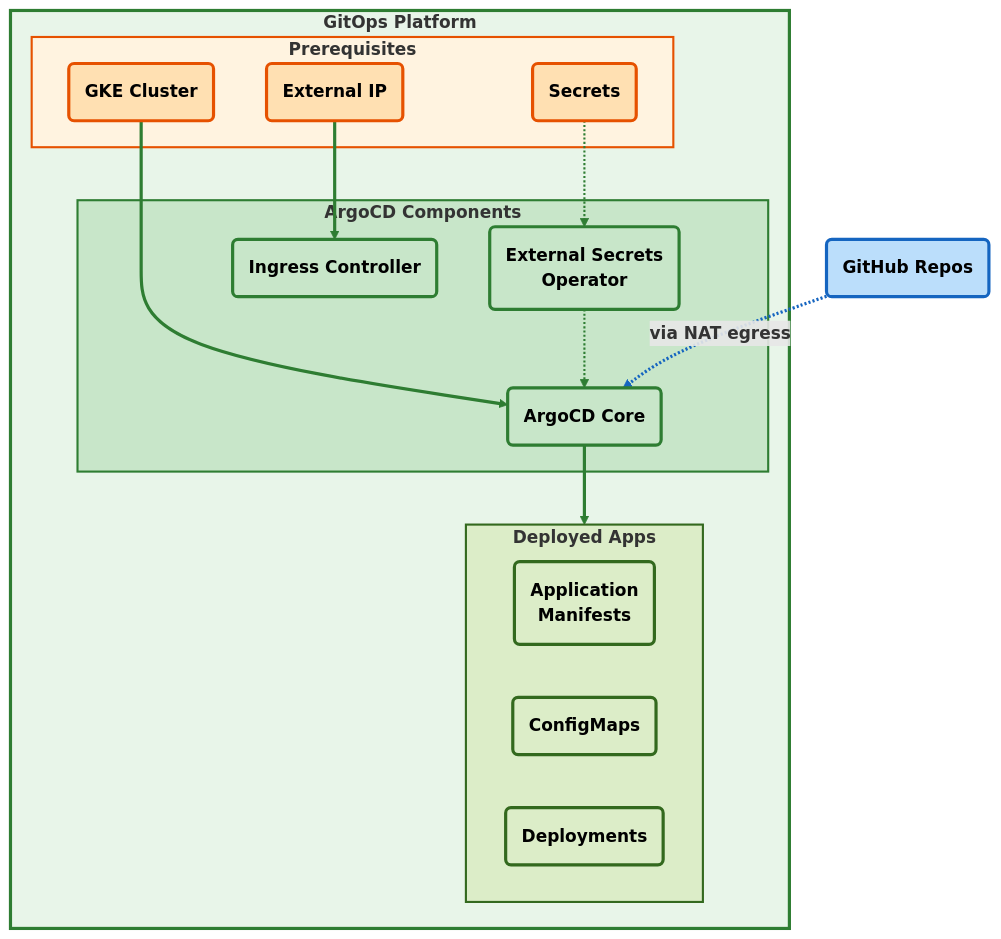
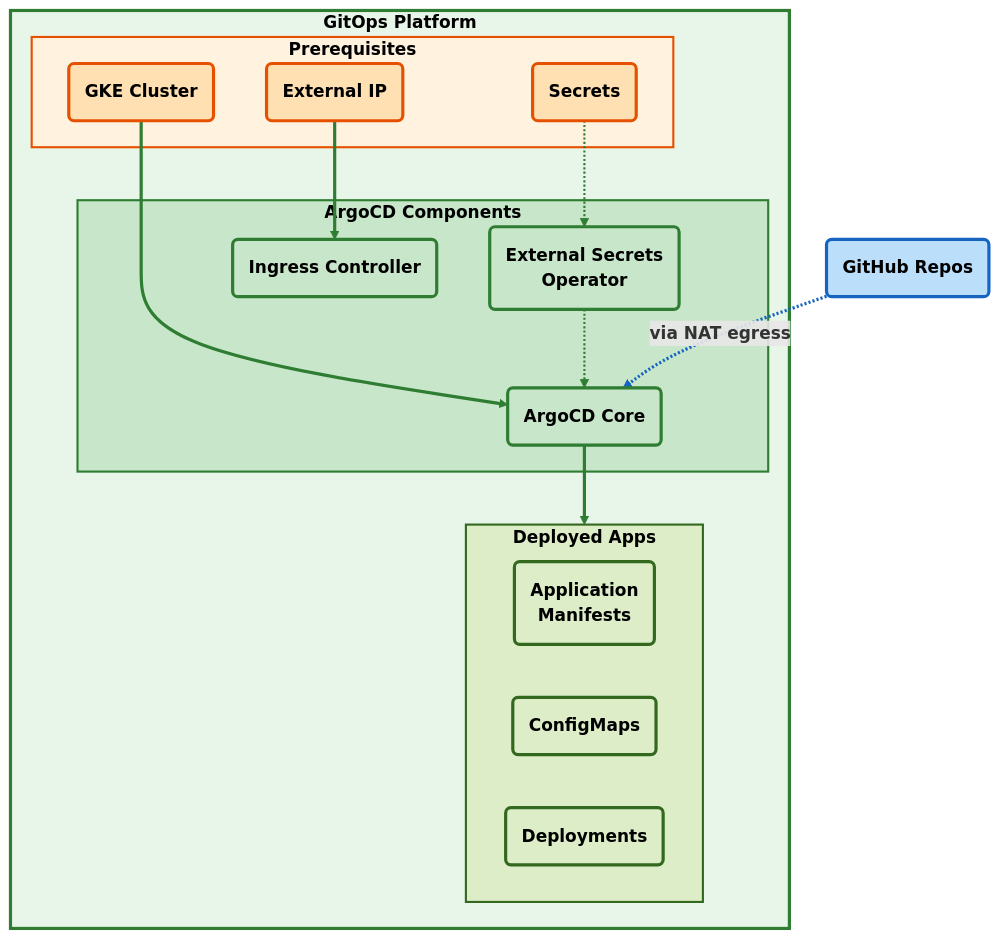
One commit to spolspol/terragrunt-gcp-org-automation changed the third of 7 diagrams in docs/ARCHITECTURE_DIAGRAM.md. Above: the diagram before and after it, drawn with Mermaid. The commit also changed other lines of this file, not shown here.

Commit message:
Docs: Expand architecture diagram

````diff
--- a/docs/ARCHITECTURE_DIAGRAM.md
+++ b/docs/ARCHITECTURE_DIAGRAM.md
@@ -279,52 +342,52 @@
 ```mermaid
 flowchart TB
     subgraph GitOpsStack["<b>GitOps Platform</b>"]
         subgraph Prerequisites["<b>Prerequisites</b>"]
             GKEC("<b>GKE Cluster</b>")
             SECS("<b>Secrets</b>")
             EXTIP("<b>External IP</b>")
         end
 
         subgraph ArgoComponents["<b>ArgoCD Components</b>"]
             ARGO("<b>ArgoCD Core</b>")
             ESO("<b>External Secrets<br/>Operator</b>")
             INGRESS("<b>Ingress Controller</b>")
         end
 
         subgraph Applications["<b>Deployed Apps</b>"]
             APPS("<b>Application<br/>Manifests</b>")
             CONFIGS("<b>ConfigMaps</b>")
             DEPLOYS("<b>Deployments</b>")
         end
     end
 
     GKEC ==> ARGO
     SECS -.-> ESO
     ESO -.-> ARGO
     EXTIP ==> INGRESS
     ARGO ==> Applications
 
     GITHUB("<b>GitHub Repos</b>") -.->|"<b>via NAT egress</b>"| ARGO
 
     classDef prereq fill:#ffe0b2,stroke:#e65100,stroke-width:3px,font-weight:bold,color:#000
     classDef argo fill:#c8e6c9,stroke:#2e7d32,stroke-width:3px,font-weight:bold,color:#000
     classDef apps fill:#dcedc8,stroke:#33691e,stroke-width:3px,font-weight:bold,color:#000
     classDef ext fill:#bbdefb,stroke:#1565c0,stroke-width:3px,font-weight:bold,color:#000
 
     class GKEC,SECS,EXTIP prereq
     class ARGO,ESO,INGRESS argo
     class APPS,CONFIGS,DEPLOYS apps
     class GITHUB ext
 
     linkStyle 0 stroke:#2e7d32,stroke-width:3px
     linkStyle 1 stroke:#2e7d32,stroke-width:2px
     linkStyle 2 stroke:#2e7d32,stroke-width:2px
     linkStyle 3 stroke:#2e7d32,stroke-width:3px
     linkStyle 4 stroke:#2e7d32,stroke-width:3px
     linkStyle 5 stroke:#1565c0,stroke-width:3px
 
-    style GitOpsStack fill:#e8f5e9,stroke:#2e7d32,stroke-width:3px
-    style Prerequisites fill:#fff3e0,stroke:#e65100,stroke-width:2px
-    style ArgoComponents fill:#c8e6c9,stroke:#2e7d32,stroke-width:2px
-    style Applications fill:#dcedc8,stroke:#33691e,stroke-width:2px
+    style GitOpsStack fill:#e8f5e9,stroke:#2e7d32,stroke-width:3px,color:#000
+    style Prerequisites fill:#fff3e0,stroke:#e65100,stroke-width:2px,color:#000
+    style ArgoComponents fill:#c8e6c9,stroke:#2e7d32,stroke-width:2px,color:#000
+    style Applications fill:#dcedc8,stroke:#33691e,stroke-width:2px,color:#000
 ```
````
